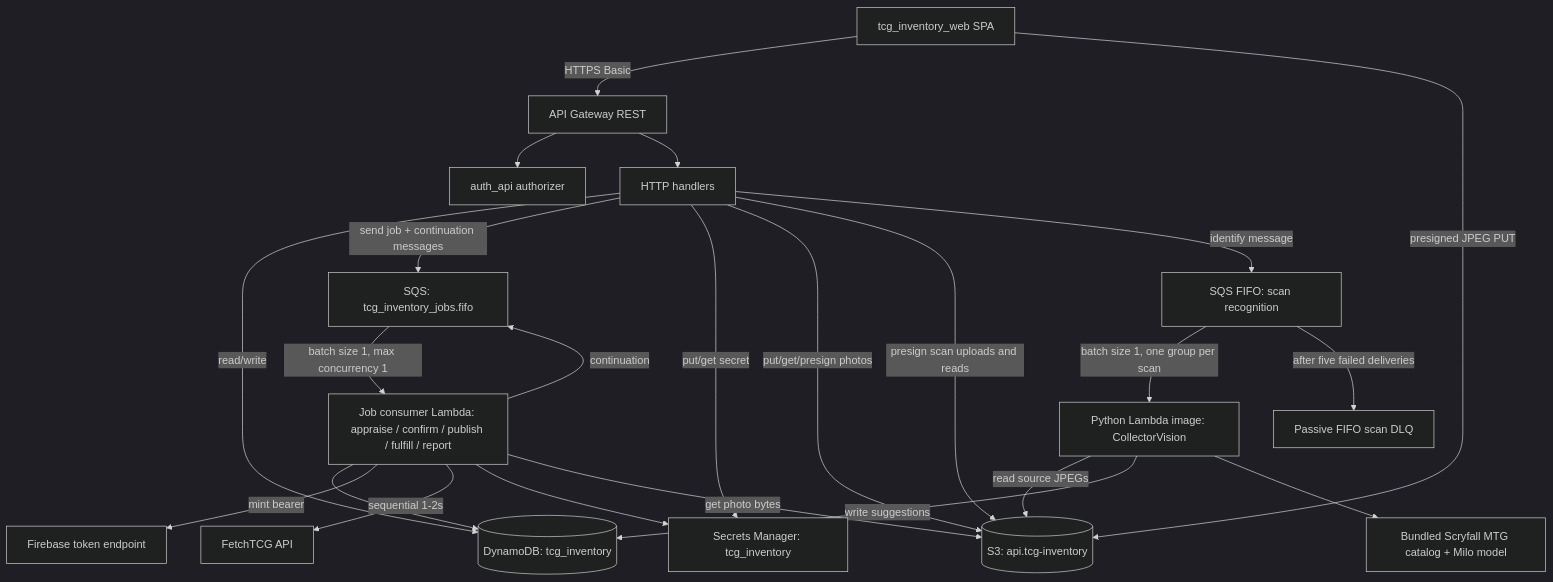
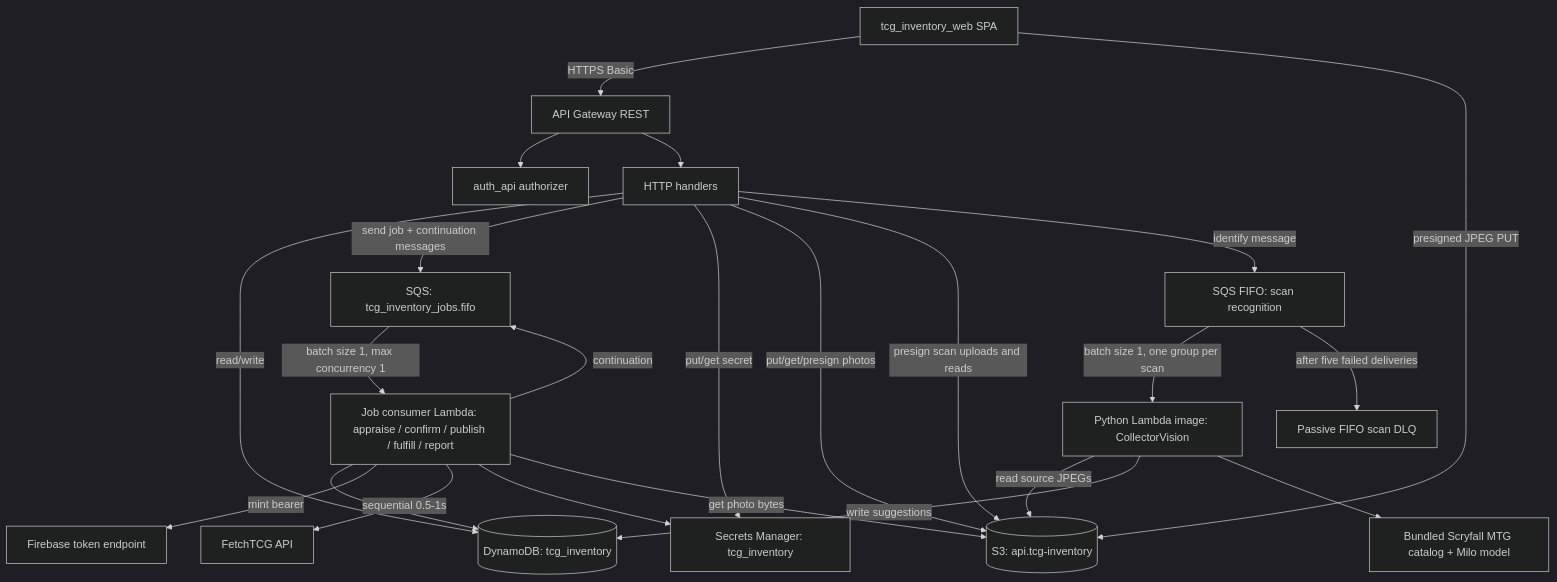
One commit to jordansimsmith/jordansimsmith-com changed the first of 3 diagrams in tcg_inventory_api/README.md. Above: the diagram before and after it, drawn with Mermaid (dark theme). The commit also changed other lines of this file and 1 other file, not shown here.

Commit message:
Double FetchTCG request pacing rate

````diff
--- a/tcg_inventory_api/README.md
+++ b/tcg_inventory_api/README.md
@@ -62,25 +62,25 @@
 ```mermaid
 flowchart TD
   web[tcg_inventory_web SPA] -->|HTTPS Basic| apigw[API Gateway REST]
   apigw --> authz[auth_api authorizer]
   apigw --> http[HTTP handlers]
   http -->|read/write| ddb[(DynamoDB: tcg_inventory)]
   http -->|send job + continuation messages| sqs[SQS: tcg_inventory_jobs.fifo]
   sqs -->|batch size 1, max concurrency 1| jobs[Job consumer Lambda: appraise / confirm / publish / fulfill / report]
   jobs --> ddb
   jobs -->|continuation| sqs
   jobs -->|mint bearer| firebase[Firebase token endpoint]
-  jobs -->|sequential 1-2s| fetchtcg[FetchTCG API]
+  jobs -->|sequential 0.5-1s| fetchtcg[FetchTCG API]
   http -->|put/get secret| secrets[Secrets Manager: tcg_inventory]
   jobs --> secrets
   http -->|put/get/presign photos| s3[(S3: api.tcg-inventory)]
   jobs -->|get photo bytes| s3
   http -->|presign scan uploads and reads| s3
   web -->|presigned JPEG PUT| s3
   http -->|identify message| scansqs[SQS FIFO: scan recognition]
   scansqs -->|batch size 1, one group per scan| scanworker[Python Lambda image: CollectorVision]
   scansqs -->|after five failed deliveries| scandlq[Passive FIFO scan DLQ]
   scanworker -->|read source JPEGs| s3
   scanworker -->|write suggestions| ddb
   scanworker --> catalog[Bundled Scryfall MTG catalog + Milo model]
 ```
````
